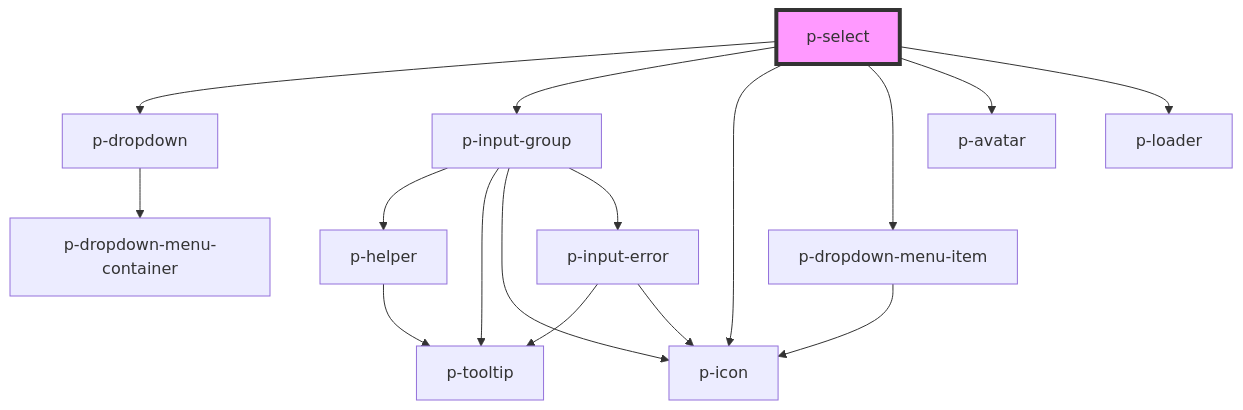
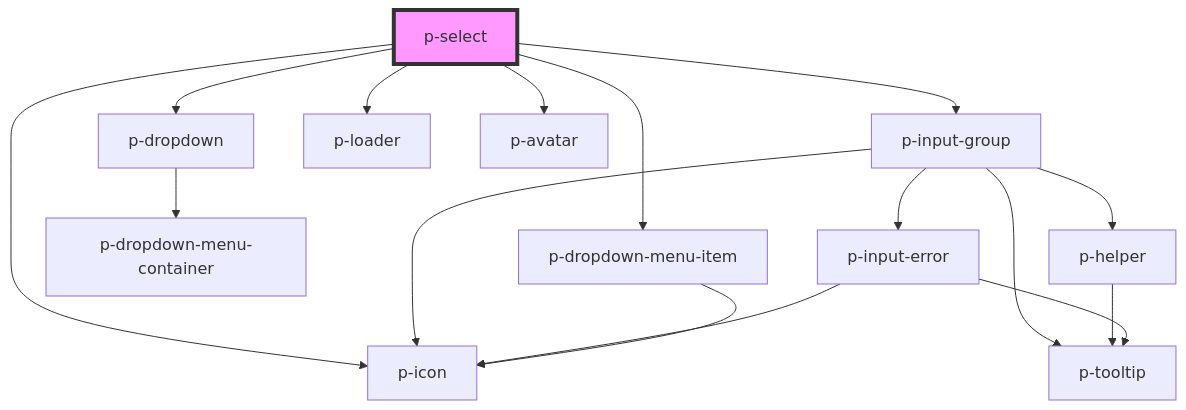
One commit to Employes/paperless changed the diagram in packages/core/src/components/molecules/select/readme.md. Above: the diagram before and after it, drawn with Mermaid. The commit also changed other lines of this file and 4 other files, not shown here.

Commit message:
feat(molecules/select): Add support for a custom class, icon & use editeable div to support better content

````diff
--- a/packages/core/src/components/molecules/select/readme.md
+++ b/packages/core/src/components/molecules/select/readme.md
@@ -71,19 +75,19 @@
 ```mermaid
 graph TD;
+  p-select --> p-icon
   p-select --> p-dropdown
   p-select --> p-input-group
-  p-select --> p-icon
   p-select --> p-dropdown-menu-item
+  p-select --> p-loader
   p-select --> p-avatar
-  p-select --> p-loader
   p-dropdown --> p-dropdown-menu-container
   p-input-group --> p-helper
   p-input-group --> p-tooltip
   p-input-group --> p-icon
   p-input-group --> p-input-error
   p-helper --> p-tooltip
   p-input-error --> p-tooltip
   p-input-error --> p-icon
   p-dropdown-menu-item --> p-icon
   style p-select fill:#f9f,stroke:#333,stroke-width:4px
 ```
````
